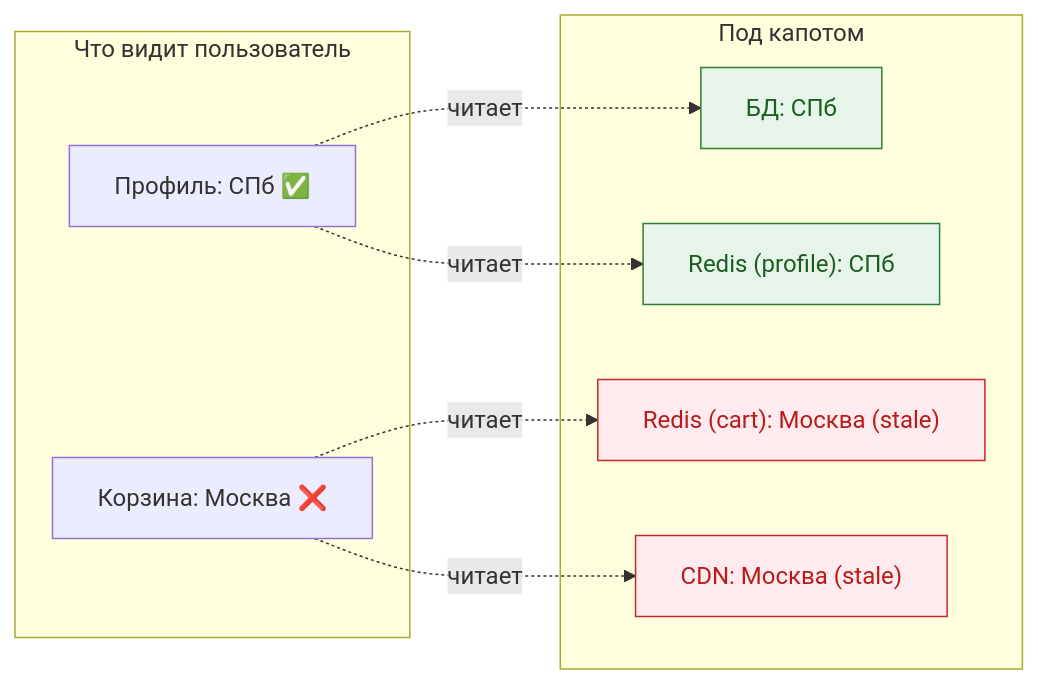
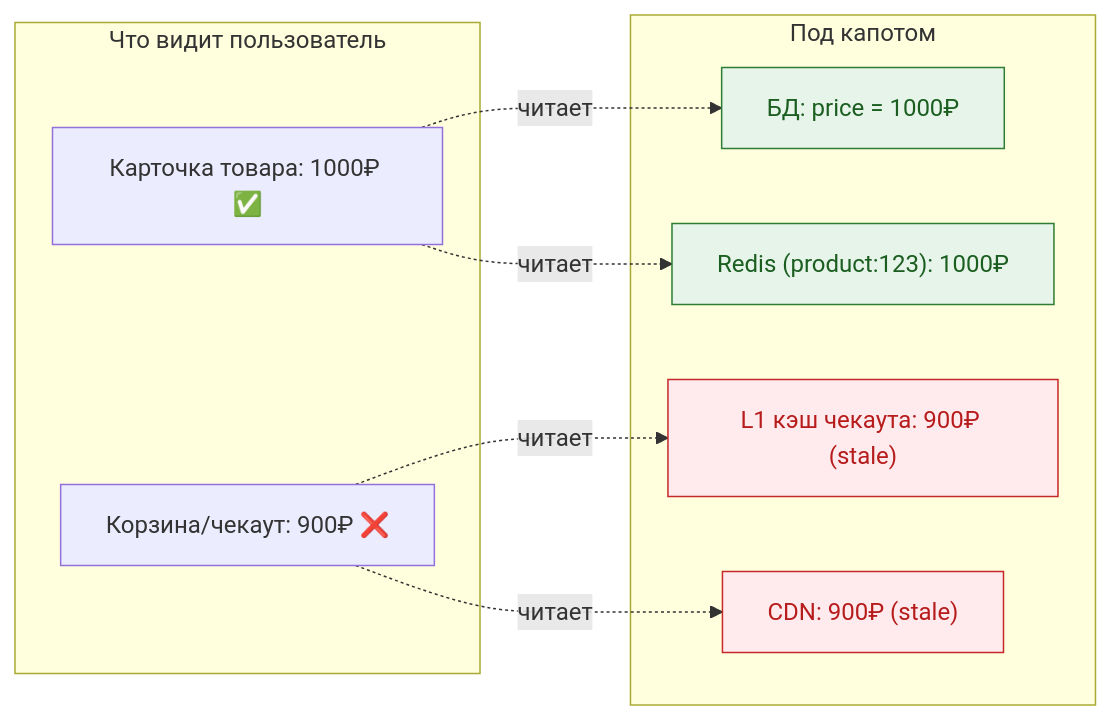
Before and after one commit to savinmikhail/advanced-system-design: the third of 19 diagrams in cache/readme.md, drawn with Mermaid. The commit also changed other lines of this file, not shown here.

````diff
--- a/cache/readme.md
+++ b/cache/readme.md
@@ -197,25 +197,25 @@
 ```mermaid
 graph LR
     subgraph "Что видит пользователь"
-        A["Профиль: СПб ✅"]
-        B["Корзина: Москва ❌"]
+        A["Карточка товара: 1000₽ ✅"]
+        B["Корзина/чекаут: 900₽ ❌"]
     end
 
     subgraph "Под капотом"
-        DB["БД: СПб"]
-        R1["Redis (profile): СПб"]
-        R2["Redis (cart): Москва (stale)"]
-        CDN["CDN: Москва (stale)"]
+        DB["БД: price = 1000₽"]
+        R1["Redis (product:123): 1000₽"]
+        R2["L1 кэш чекаута: 900₽ (stale)"]
+        CDN["CDN: 900₽ (stale)"]
     end
 
     A -. читает .-> R1
     A -. читает .-> DB
     B -. читает .-> R2
     B -. читает .-> CDN
 
     classDef fresh fill:#e6f4ea,stroke:#2e7d32,color:#1b5e20;
     classDef stale fill:#ffebee,stroke:#c62828,color:#b71c1c;
 
     class DB,R1 fresh;
     class R2,CDN stale;
 ```
````
